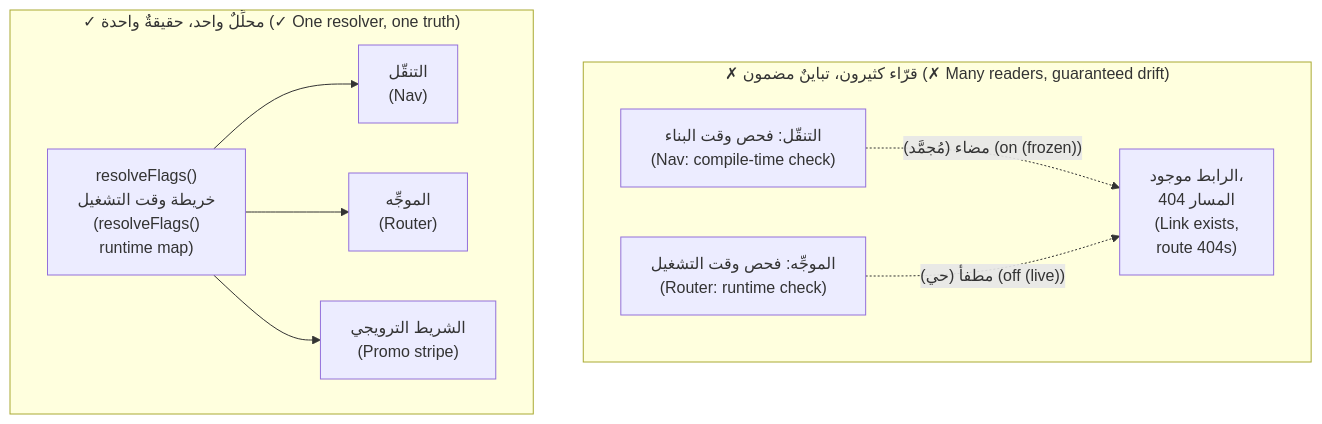
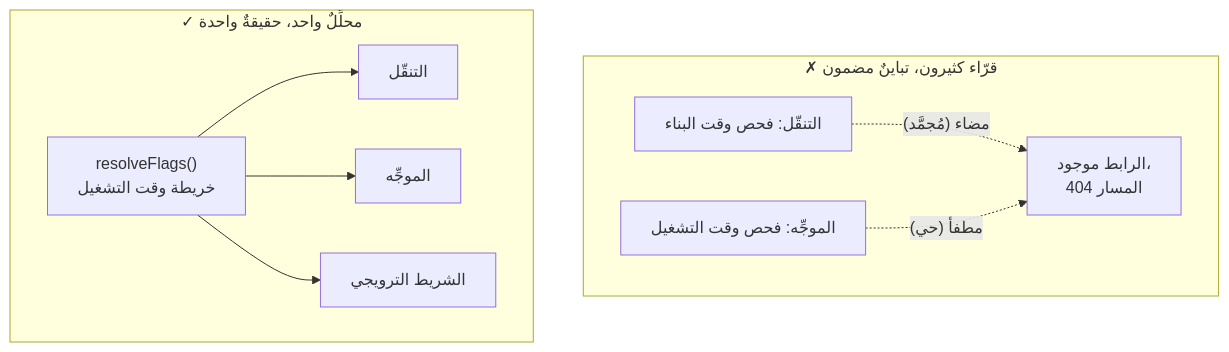
The third of 7 diagrams in modules/06-many-clients/module.ar.md (Tamoura/system-design-for-vibe-coders), drawn with Mermaid before and after one commit. The commit also changed other lines of this file and 551 other files, not shown here.

````diff
--- a/modules/06-many-clients/module.ar.md
+++ b/modules/06-many-clients/module.ar.md
@@ -314,12 +314,12 @@
 ```mermaid
 flowchart TD
-    subgraph BAD["✗ قرّاء كثيرون، تباينٌ مضمون (✗ Many readers, guaranteed drift)"]
-      C1["التنقّل: فحص وقت البناء<br/>(Nav: compile-time check)"] -.->|"مضاء (مُجمَّد) (on (frozen))"| DRIFT["الرابط موجود،<br/>المسار 404<br/>(Link exists,<br/>route 404s)"]
-      C2["الموجِّه: فحص وقت التشغيل<br/>(Router: runtime check)"] -.->|"مطفأ (حي) (off (live))"| DRIFT
+    subgraph BAD["✗ قرّاء كثيرون، تباينٌ مضمون"]
+      C1["التنقّل: فحص وقت البناء"] -.->|"مضاء (مُجمَّد)"| DRIFT["الرابط موجود،<br/>المسار 404"]
+      C2["الموجِّه: فحص وقت التشغيل"] -.->|"مطفأ (حي)"| DRIFT
     end
-    subgraph GOOD["✓ محلِّلٌ واحد، حقيقةٌ واحدة (✓ One resolver, one truth)"]
-      R["resolveFlags()<br/>خريطة وقت التشغيل<br/>(resolveFlags()<br/>runtime map)"] --> N["التنقّل<br/>(Nav)"]
-      R --> RT["الموجِّه<br/>(Router)"]
-      R --> P["الشريط الترويجي<br/>(Promo stripe)"]
+    subgraph GOOD["✓ محلِّلٌ واحد، حقيقةٌ واحدة"]
+      R["resolveFlags()<br/>خريطة وقت التشغيل"] --> N["التنقّل"]
+      R --> RT["الموجِّه"]
+      R --> P["الشريط الترويجي"]
     end
 ```
````
